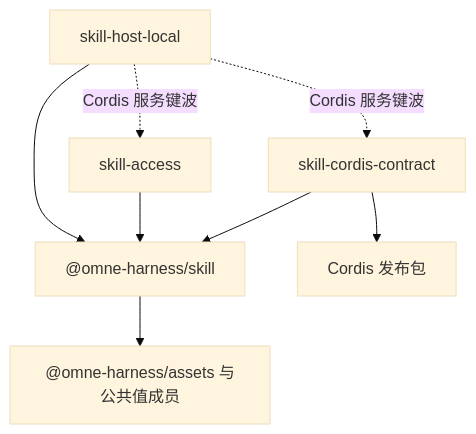
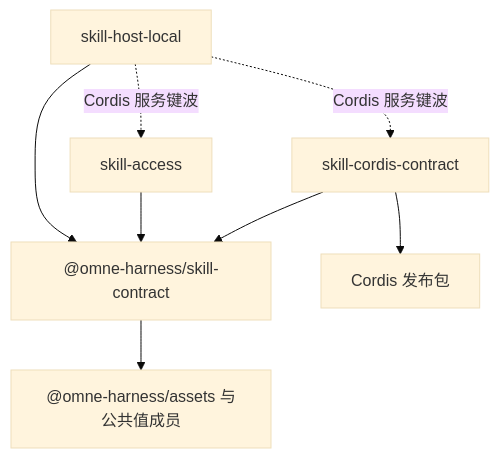
One commit to nemori-ai/omne-harness-lite changed the diagram in packages/skills/README.md. Above: the diagram before and after it, drawn with Mermaid (base theme). The commit also changed other lines of this file and 15 other files, not shown here.

First line of the commit message:
refactor(skills): 纯契约成员 skill 改名为 skill-contract（#0）

````diff
--- a/packages/skills/README.md
+++ b/packages/skills/README.md
@@ -29,10 +29,10 @@
 ```mermaid
 flowchart TD
   H[skill-host-local] -.->|Cordis 服务键波| X[skill-access]
   H -.->|Cordis 服务键波| C[skill-cordis-contract]
-  H --> K["@omne-harness/skill"]
+  H --> K["@omne-harness/skill-contract"]
   X --> K
   C --> K
   C --> R[Cordis 发布包]
   K --> A["@omne-harness/assets 与公共值成员"]
 ```
````
